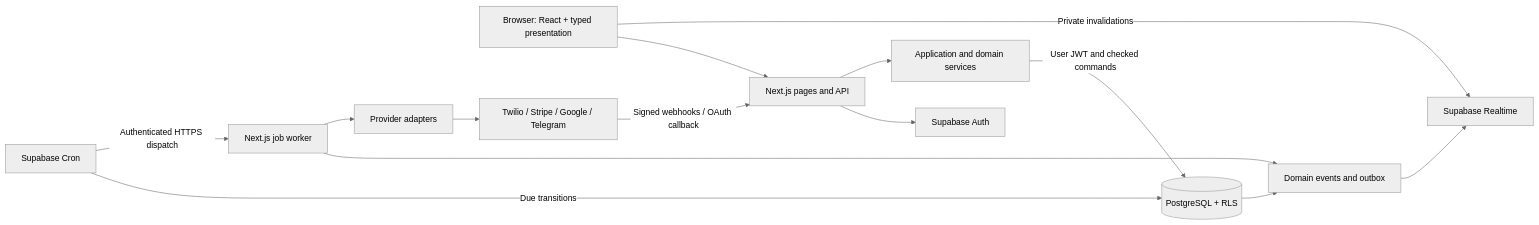
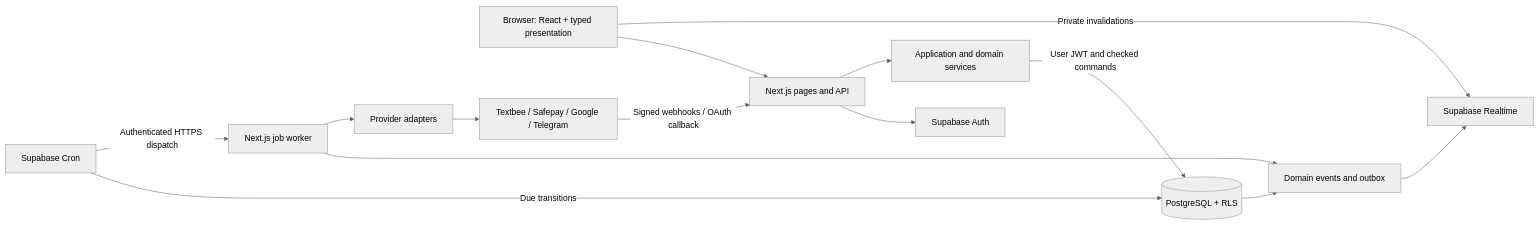
One commit to mrman-ahm/Web-Dev-Hackathon changed the first of 5 diagrams in docs/architecture.md. Above: the diagram before and after it, drawn with Mermaid (neutral theme). The commit also changed other lines of this file and 21 other files, not shown here.

Commit message:
docs(providers): align Textbee and Safepay acceptance

````diff
--- a/docs/architecture.md
+++ b/docs/architecture.md
@@ -32,16 +32,16 @@
 ```mermaid
 flowchart LR
   Browser[Browser: React + typed presentation] --> Next[Next.js pages and API]
   Browser -->|Private invalidations| RT[Supabase Realtime]
   Next --> Auth[Supabase Auth]
   Next --> Services[Application and domain services]
   Services -->|User JWT and checked commands| DB[(PostgreSQL + RLS)]
   DB --> Events[Domain events and outbox]
   Cron[Supabase Cron] -->|Due transitions| DB
   Cron -->|Authenticated HTTPS dispatch| Worker[Next.js job worker]
   Worker --> Events
   Worker --> Adapters[Provider adapters]
-  Adapters --> Providers[Twilio / Stripe / Google / Telegram]
+  Adapters --> Providers[Textbee / Safepay / Google / Telegram]
   Providers -->|Signed webhooks / OAuth callback| Next
   Events --> RT
 ```
````
